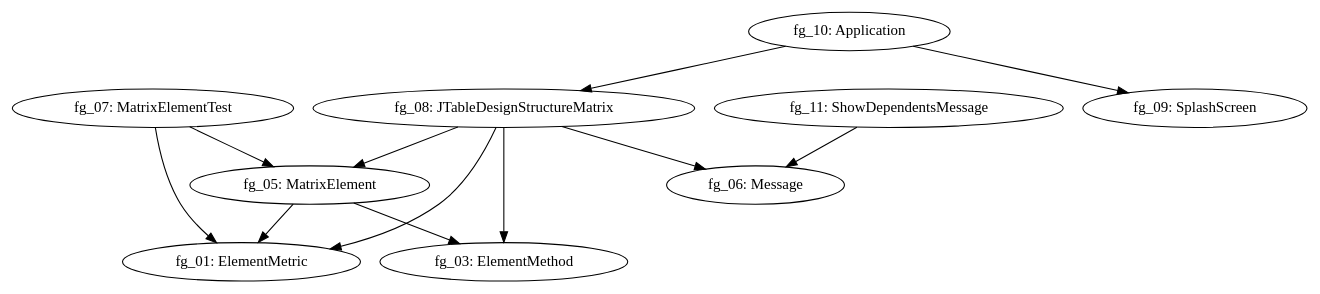
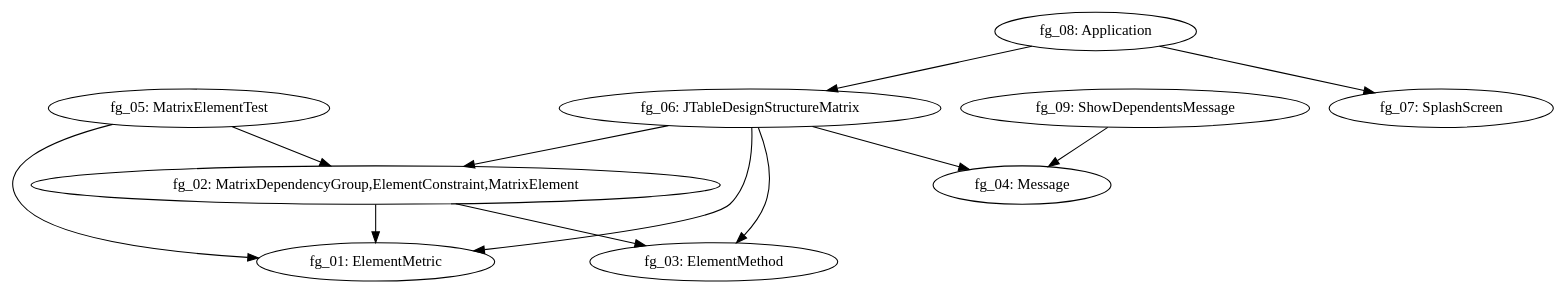
One commit to FrankHZFang/ArchData changed the diagram in files/archinaut/archinaut_UH.dot. Above: the diagram before and after it, drawn with Graphviz. The commit also changed 1977 other files, not shown here.

```diff
--- a/files/archinaut/archinaut_UH.dot
+++ b/files/archinaut/archinaut_UH.dot
@@ -1,13 +1,13 @@
 digraph G { 
-"fg_05: MatrixElement" -> "fg_01: ElementMetric"; 
-"fg_05: MatrixElement" -> "fg_03: ElementMethod"; 
-"fg_07: MatrixElementTest" -> "fg_05: MatrixElement"; 
-"fg_07: MatrixElementTest" -> "fg_01: ElementMetric"; 
-"fg_08: JTableDesignStructureMatrix" -> "fg_06: Message"; 
-"fg_08: JTableDesignStructureMatrix" -> "fg_05: MatrixElement"; 
-"fg_08: JTableDesignStructureMatrix" -> "fg_03: ElementMethod"; 
-"fg_08: JTableDesignStructureMatrix" -> "fg_01: ElementMetric"; 
-"fg_10: Application" -> "fg_09: SplashScreen"; 
-"fg_10: Application" -> "fg_08: JTableDesignStructureMatrix"; 
-"fg_11: ShowDependentsMessage" -> "fg_06: Message"; 
+"fg_02: MatrixDependencyGroup,ElementConstraint,MatrixElement" -> "fg_01: ElementMetric"; 
+"fg_02: MatrixDependencyGroup,ElementConstraint,MatrixElement" -> "fg_03: ElementMethod"; 
+"fg_05: MatrixElementTest" -> "fg_01: ElementMetric"; 
+"fg_05: MatrixElementTest" -> "fg_02: MatrixDependencyGroup,ElementConstraint,MatrixElement"; 
+"fg_06: JTableDesignStructureMatrix" -> "fg_04: Message"; 
+"fg_06: JTableDesignStructureMatrix" -> "fg_01: ElementMetric"; 
+"fg_06: JTableDesignStructureMatrix" -> "fg_02: MatrixDependencyGroup,ElementConstraint,MatrixElement"; 
+"fg_06: JTableDesignStructureMatrix" -> "fg_03: ElementMethod"; 
+"fg_08: Application" -> "fg_07: SplashScreen"; 
+"fg_08: Application" -> "fg_06: JTableDesignStructureMatrix"; 
+"fg_09: ShowDependentsMessage" -> "fg_04: Message"; 
 }
```
